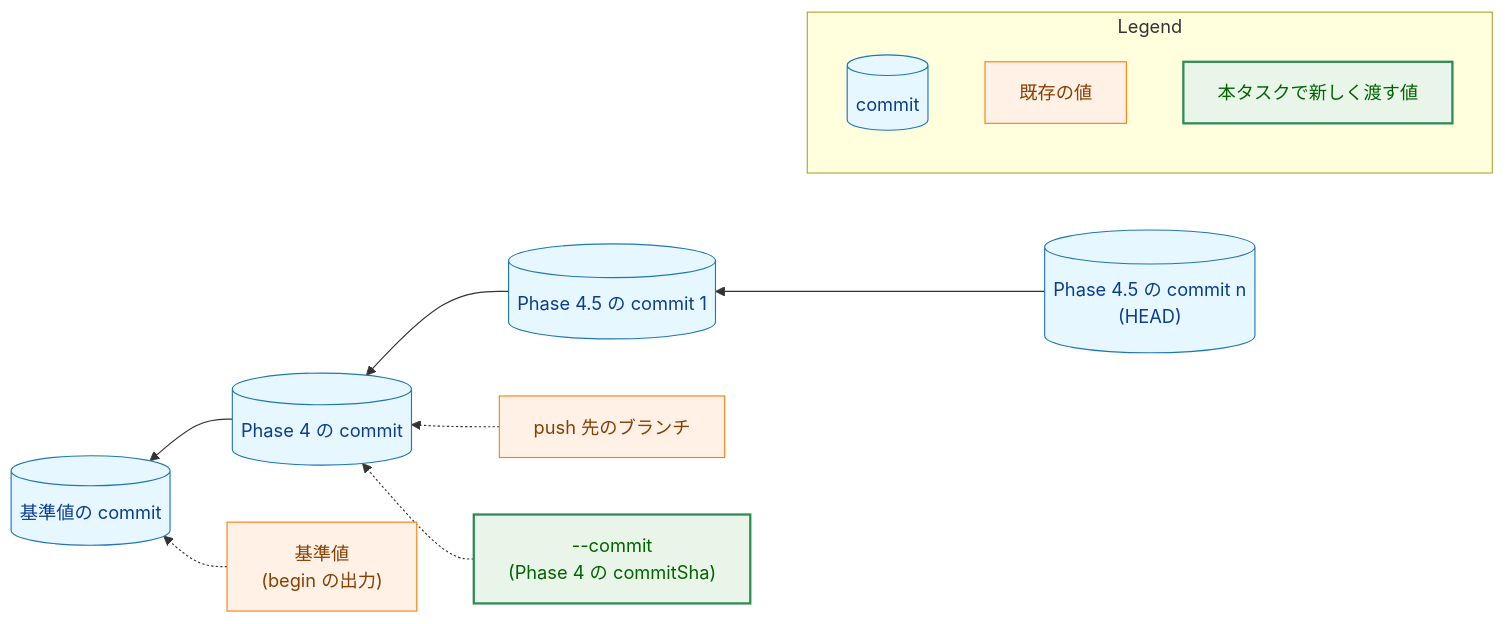
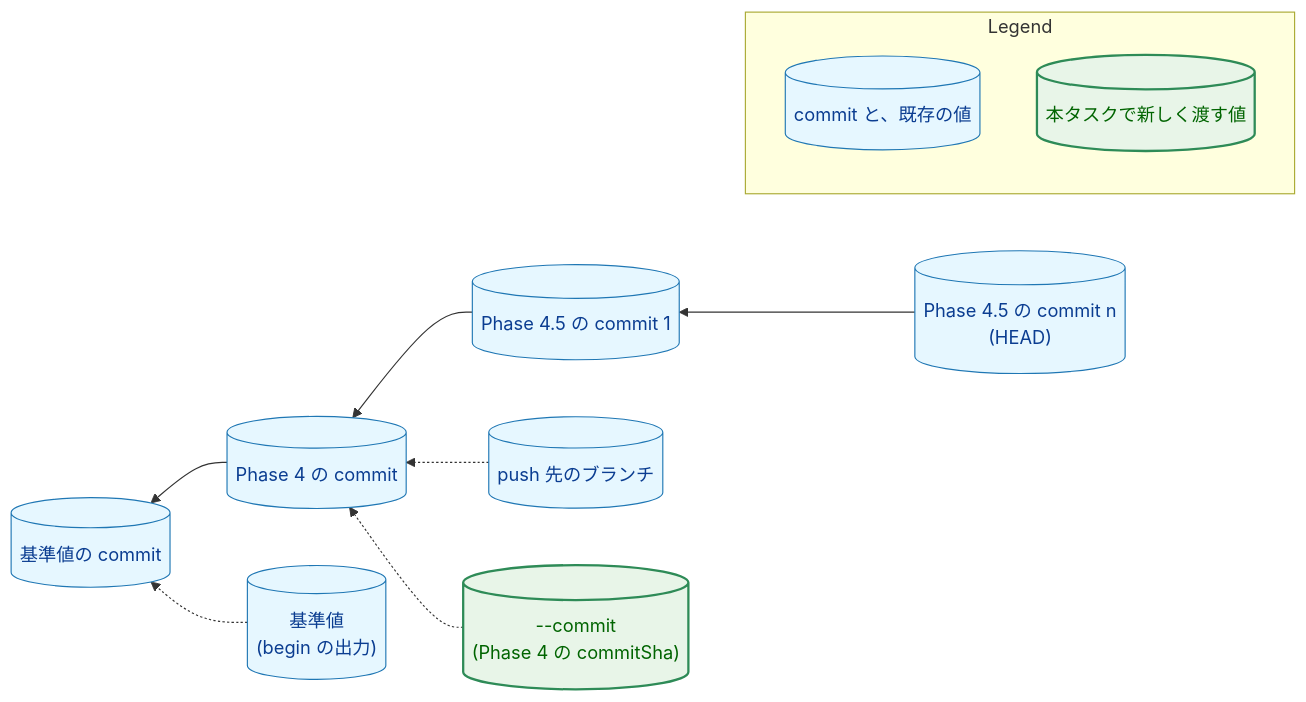
Before and after one commit to isseis/yt2column: the first of 5 diagrams in docs/tasks/0076_fixpr_local_review_guard/02_architecture.md, drawn with Mermaid. The commit also changed other lines of this file and 2 other files, not shown here.

First line of the commit message:
docs(0076): address the architecture review and polish the prose

````diff
--- a/docs/tasks/0076_fixpr_local_review_guard/02_architecture.md
+++ b/docs/tasks/0076_fixpr_local_review_guard/02_architecture.md
@@ -53,35 +53,30 @@
 ```mermaid
 flowchart RL
     classDef data fill:#e6f7ff,stroke:#1f77b4,stroke-width:1px,color:#0b3d91;
-    classDef process fill:#fff1e6,stroke:#ff7f0e,stroke-width:1px,color:#8a3e00;
     classDef enhanced fill:#e8f5e8,stroke:#2e8b57,stroke-width:2px,color:#006400;
 
     BASEC[("基準値の commit")]
     P4[("Phase 4 の commit")]
     R1[("Phase 4.5 の commit 1")]
     RN[("Phase 4.5 の commit n<br>(HEAD)")]
-    TOKEN["基準値<br>(begin の出力)"]
-    REMOTE["push 先のブランチ"]
-    ARG["--commit<br>(Phase 4 の commitSha)"]
+    TOKEN[("基準値<br>(begin の出力)")]
+    REMOTE[("push 先のブランチ")]
+    ARG[("--commit<br>(Phase 4 の commitSha)")]
 
     P4 --> BASEC
     R1 --> P4
     RN --> R1
     TOKEN -.-> BASEC
     REMOTE -.-> P4
     ARG -.-> P4
 
-    class BASEC,P4 data
-    class R1,RN data
-    class TOKEN,REMOTE process
+    class BASEC,P4,R1,RN,TOKEN,REMOTE data
     class ARG enhanced
 
     subgraph Legend["Legend"]
-        L1[("commit")]
-        L2["既存の値"]
-        L3["本タスクで新しく渡す値"]
+        L1[("commit と、既存の値")]
+        L2[("本タスクで新しく渡す値")]
     end
     class L1 data
-    class L2 process
-    class L3 enhanced
+    class L2 enhanced
 ```
````
